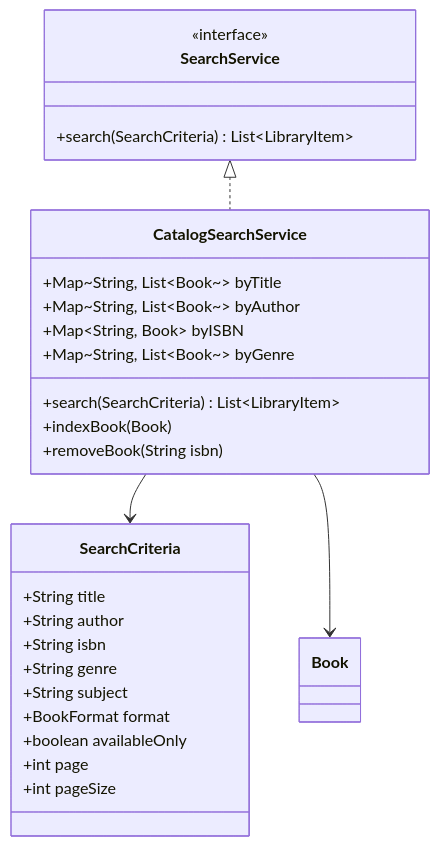
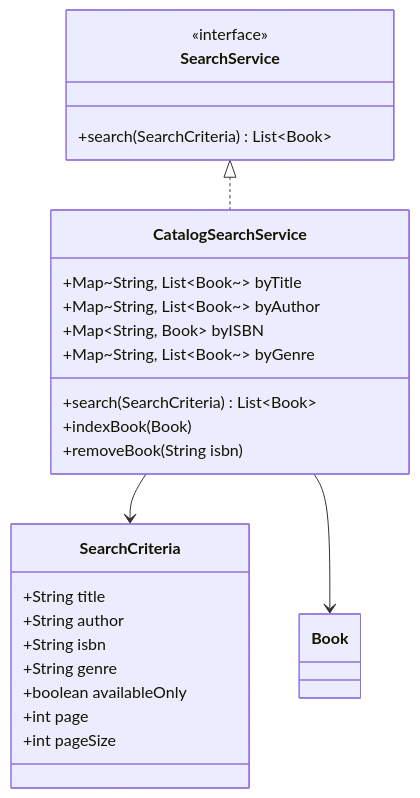
The sixth of 10 diagrams in LibraryManagementSystem/class-diagram.md (Arnavjain1703/LLD), drawn with Mermaid before and after one commit. The commit also changed other lines of this file and 1 other file, not shown here.

````diff
--- a/LibraryManagementSystem/class-diagram.md
+++ b/LibraryManagementSystem/class-diagram.md
@@ -288,33 +253,31 @@
 ```mermaid
 classDiagram
     class SearchCriteria {
         +String title
         +String author
         +String isbn
         +String genre
-        +String subject
-        +BookFormat format
         +boolean availableOnly
         +int page
         +int pageSize
     }
 
     class SearchService {
         <<interface>>
-        +search(SearchCriteria) List~LibraryItem~
+        +search(SearchCriteria) List~Book~
     }
 
     class CatalogSearchService {
         +Map~String, List~Book~~ byTitle
         +Map~String, List~Book~~ byAuthor
         +Map~String, Book~ byISBN
         +Map~String, List~Book~~ byGenre
-        +search(SearchCriteria) List~LibraryItem~
+        +search(SearchCriteria) List~Book~
         +indexBook(Book)
         +removeBook(String isbn)
     }
 
     SearchService <|.. CatalogSearchService
     CatalogSearchService --> SearchCriteria
     CatalogSearchService --> Book
 ```
````
